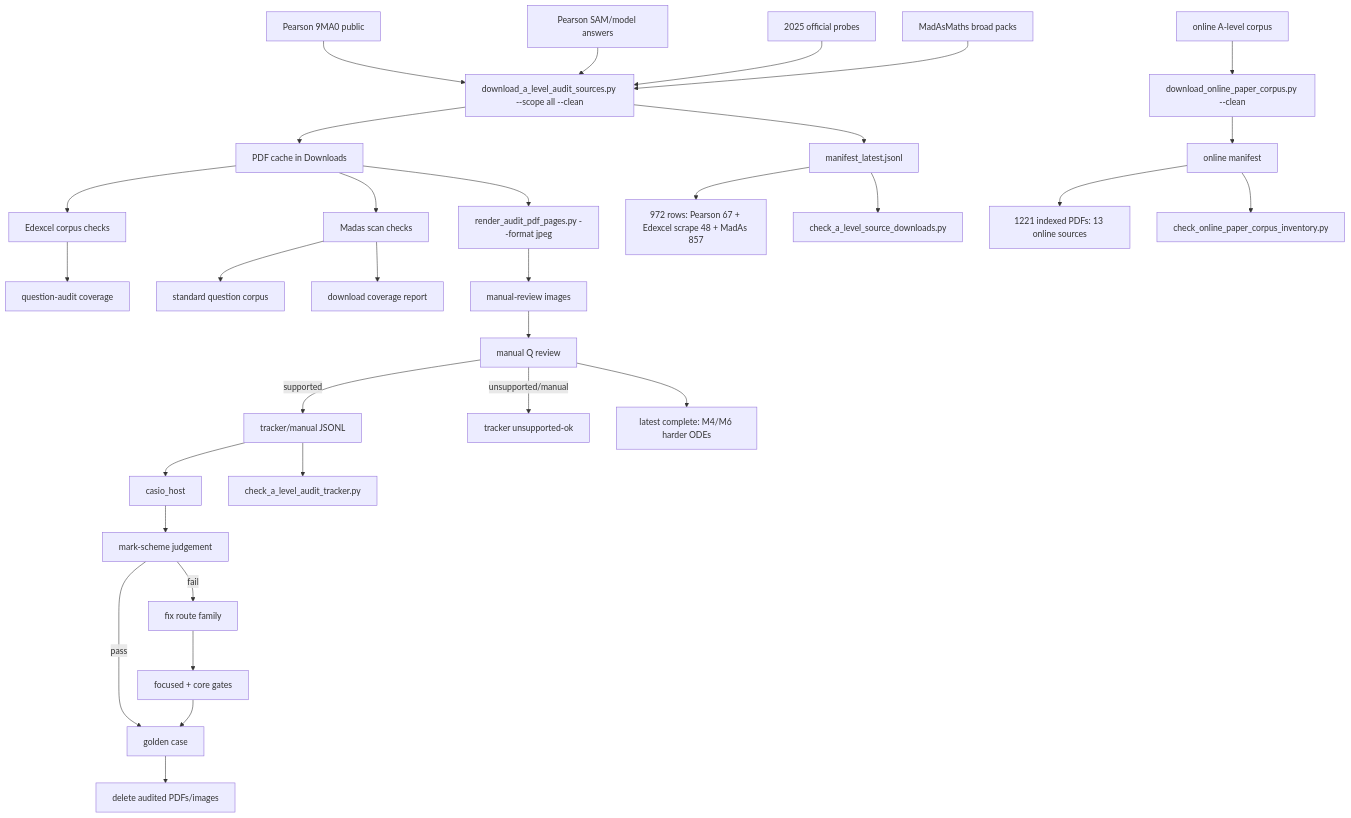
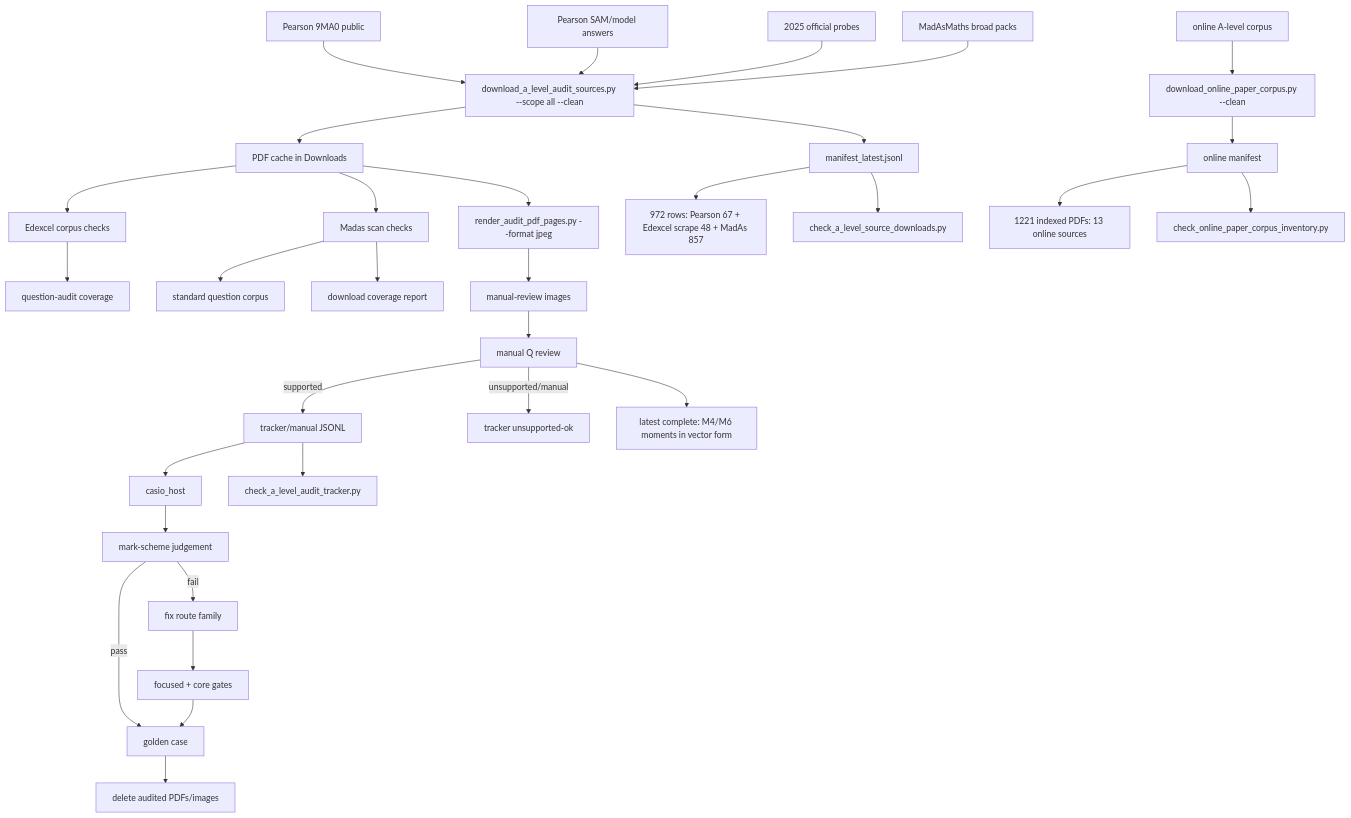
Before and after one commit to james8464/notes-addin-casio-fx-cg50: the diagram in c++/tools/golden/a_level_audit_graph.md, drawn with Mermaid. The commit also changed other lines of this file and 2 other files, not shown here.

Commit message:
Audit M4 M6 vector moments booklet

````diff
--- a/c++/tools/golden/a_level_audit_graph.md
+++ b/c++/tools/golden/a_level_audit_graph.md
@@ -3,34 +3,34 @@
 ```mermaid
 graph TD
   E1["Pearson 9MA0 public"] --> D["download_a_level_audit_sources.py --scope all --clean"]
   E2["Pearson SAM/model answers"] --> D
   E3["2025 official probes"] --> D
   M1["MadAsMaths broad packs"] --> D
   O1["online A-level corpus"] --> OD["download_online_paper_corpus.py --clean"]
   D --> P["PDF cache in Downloads"]
   D --> X["manifest_latest.jsonl"]
   OD --> OX["online manifest"]
   X --> XC["972 rows: Pearson 67 + Edexcel scrape 48 + MadAs 857"]
   OX --> OC["1221 indexed PDFs: 13 online sources"]
   X --> V["check_a_level_source_downloads.py"]
   OX --> OV["check_online_paper_corpus_inventory.py"]
   P --> E["Edexcel corpus checks"]
   E --> EQ["question-audit coverage"]
   P --> S["Madas scan checks"]
   S --> M["standard question corpus"]
   S --> MC["download coverage report"]
   P --> R["render_audit_pdf_pages.py --format jpeg"]
   R --> I["manual-review images"]
   I --> Q["manual Q review"]
   Q -->|supported| J["tracker/manual JSONL"]
   Q -->|unsupported/manual| U["tracker unsupported-ok"]
   J --> H["casio_host"]
   J --> K["check_a_level_audit_tracker.py"]
   H --> C["mark-scheme judgement"]
   C -->|pass| G["golden case"]
   C -->|fail| F["fix route family"]
   F --> T["focused + core gates"]
   T --> G
   G --> Z["delete audited PDFs/images"]
-  Q --> Qt["latest complete: M4/M6 harder ODEs"]
+  Q --> Qt["latest complete: M4/M6 moments in vector form"]
 ```
````
